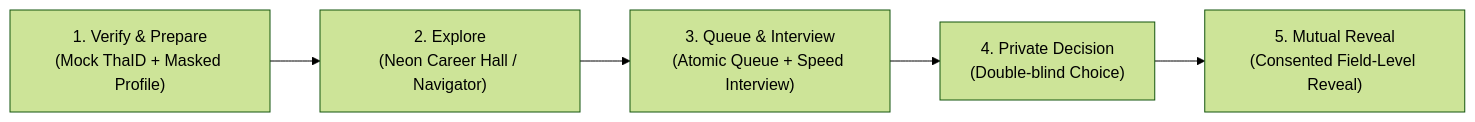
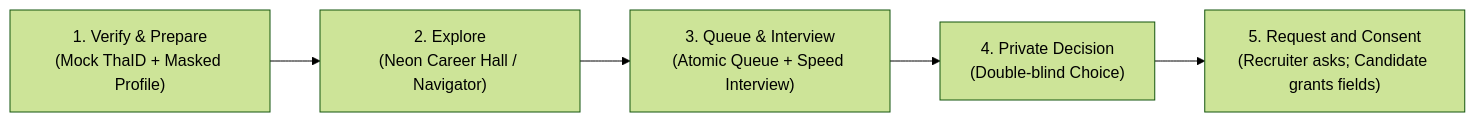
One commit to ctrlaltnate/MM-HKT-REV2 changed the diagram in docs/01-overview/executive-summary.md. Above: the diagram before and after it, drawn with Mermaid (forest theme). The commit also changed other lines of this file and 14 other files, not shown here.

````diff
--- a/docs/01-overview/executive-summary.md
+++ b/docs/01-overview/executive-summary.md
@@ -16,7 +16,7 @@
 ```mermaid
 flowchart LR
     A["1. Verify & Prepare\n(Mock ThaID + Masked Profile)"] --> B["2. Explore\n(Neon Career Hall / Navigator)"]
     B --> C["3. Queue & Interview\n(Atomic Queue + Speed Interview)"]
     C --> D["4. Private Decision\n(Double-blind Choice)"]
-    D --> E["5. Mutual Reveal\n(Consented Field-Level Reveal)"]
+    D --> E["5. Request and Consent\n(Recruiter asks; Candidate grants fields)"]
 ```
````
